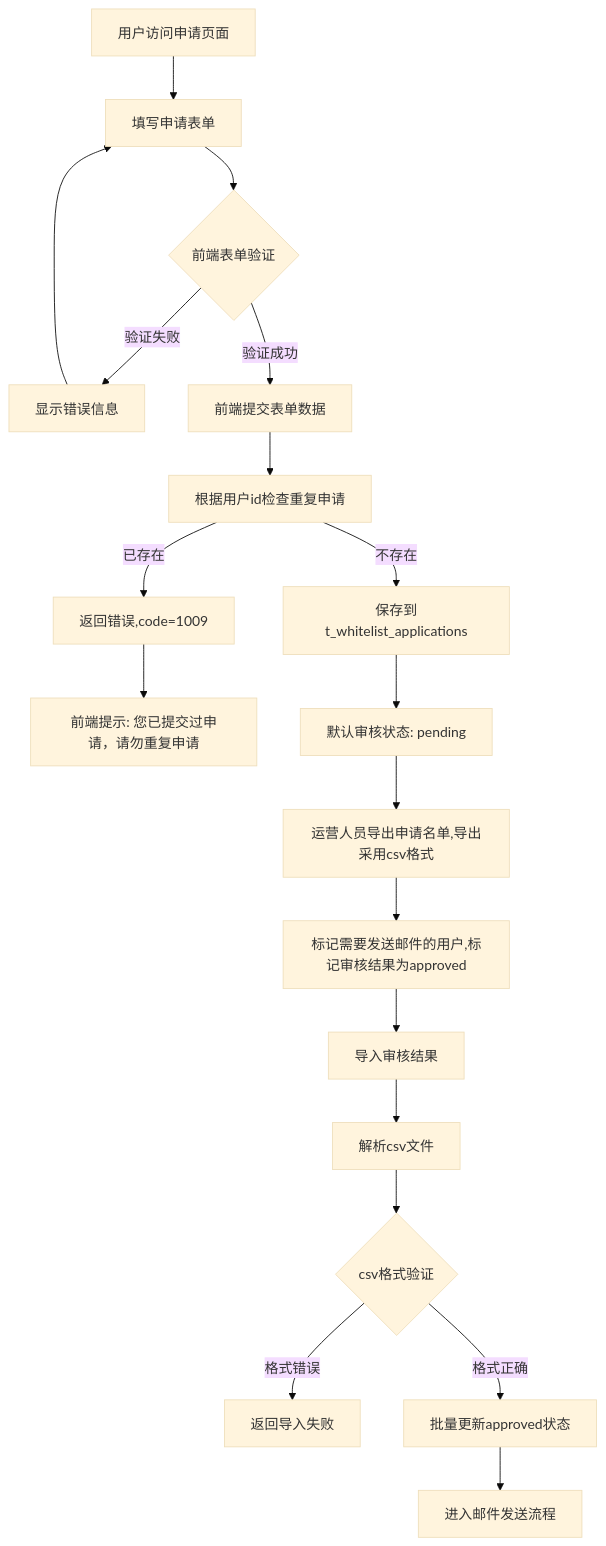
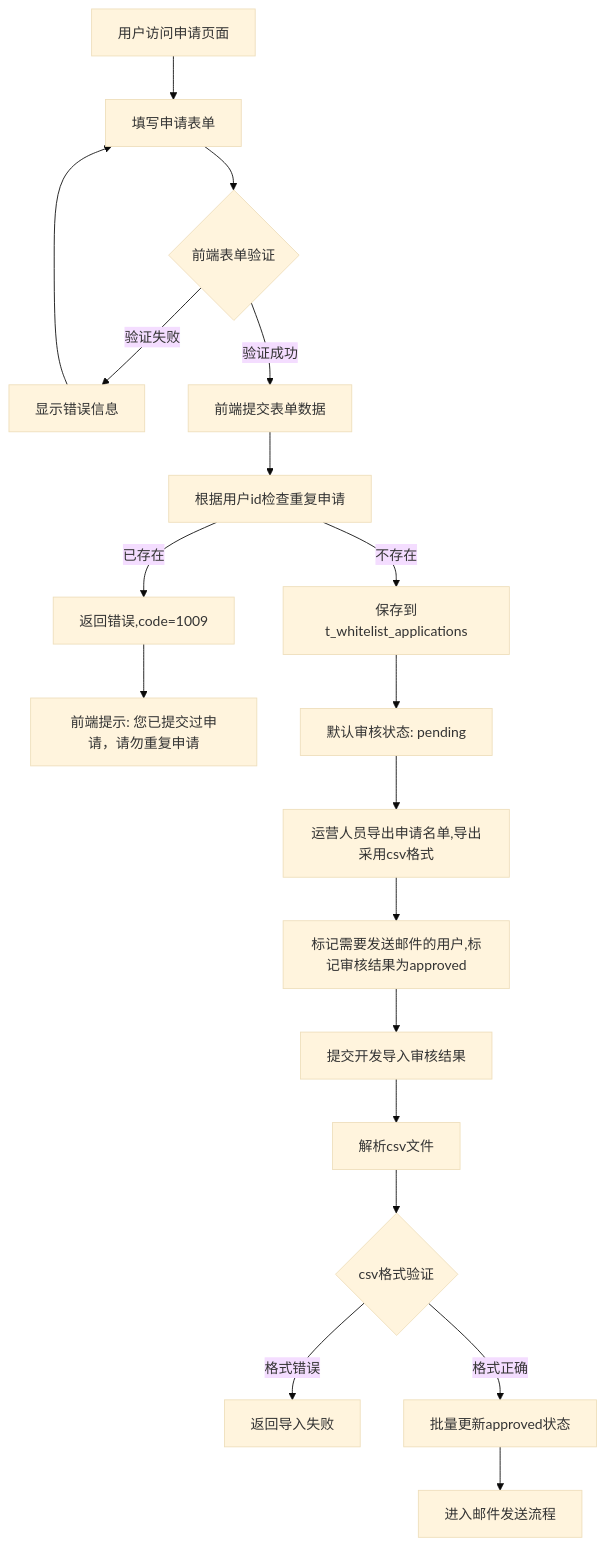
Before and after one commit to yingjianzh/iodraw-files: the diagram in all/未命名-76.md, drawn with Mermaid (base theme).

Commit message:
2025-07-08 09:51:11 update

````diff
--- a/all/未命名-76.md
+++ b/all/未命名-76.md
@@ -1,24 +1,24 @@
 ```mermaid
 
 flowchart TD
     A[用户访问申请页面] --> B[填写申请表单]
     B --> C{前端表单验证}
     C -->|验证失败| D[显示错误信息]
     D --> B
     C -->|验证成功| E[前端提交表单数据]
     E --> F[根据用户id检查重复申请]
     F -->|已存在| G[返回错误,code=1009]
     G --> H[前端提示: 您已提交过申请，请勿重复申请]
     F -->|不存在| I[保存到t_whitelist_applications]
     I --> K[默认审核状态: pending]
     
     K --> P[运营人员导出申请名单,导出采用csv格式]
     P --> S[标记需要发送邮件的用户,标记审核结果为approved]
-    S --> T[导入审核结果]
+    S --> T[提交开发导入审核结果]
     T --> T2[解析csv文件]
     T2 --> T3{csv格式验证}
     T3 -->|格式错误| T4[返回导入失败]
     T3 -->|格式正确| U[批量更新approved状态]
     U --> V[进入邮件发送流程]
 
 ```
````
